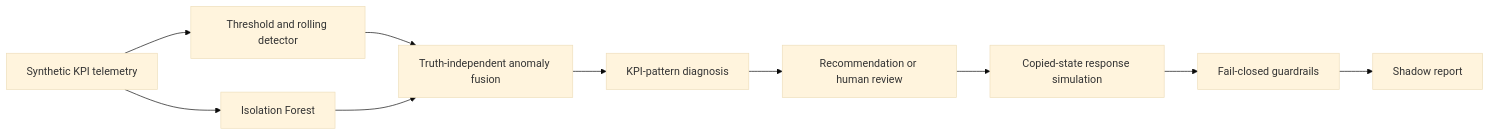
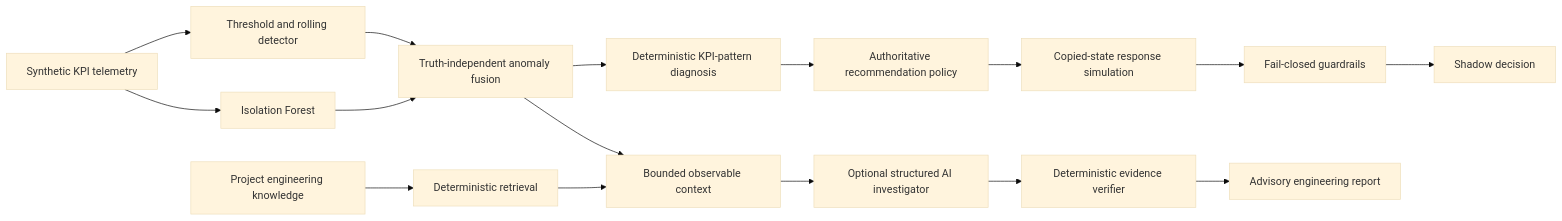
One commit to omidrahimirad/ai-ran-digital-twin-assurance changed the diagram in README.md. Above: the diagram before and after it, drawn with Mermaid (base theme). The commit also changed other lines of this file and 46 other files, not shown here.

First line of the commit message:
Add evidence-grounded advisory AI investigation V2 (#15)

````diff
--- a/README.md
+++ b/README.md
@@ -61,12 +87,19 @@
 ```mermaid
 flowchart LR
     A["Synthetic KPI telemetry"] --> B["Threshold and rolling detector"]
     A --> C["Isolation Forest"]
     B --> D["Truth-independent anomaly fusion"]
     C --> D
-    D --> E["KPI-pattern diagnosis"]
-    E --> F["Recommendation or human review"]
+    D --> E["Deterministic KPI-pattern diagnosis"]
+    E --> F["Authoritative recommendation policy"]
     F --> G["Copied-state response simulation"]
     G --> H["Fail-closed guardrails"]
-    H --> I["Shadow report"]
+    H --> I["Shadow decision"]
+
+    D --> J["Bounded observable context"]
+    K["Project engineering knowledge"] --> L["Deterministic retrieval"]
+    L --> J
+    J --> M["Optional structured AI investigator"]
+    M --> N["Deterministic evidence verifier"]
+    N --> O["Advisory engineering report"]
 ```
````
